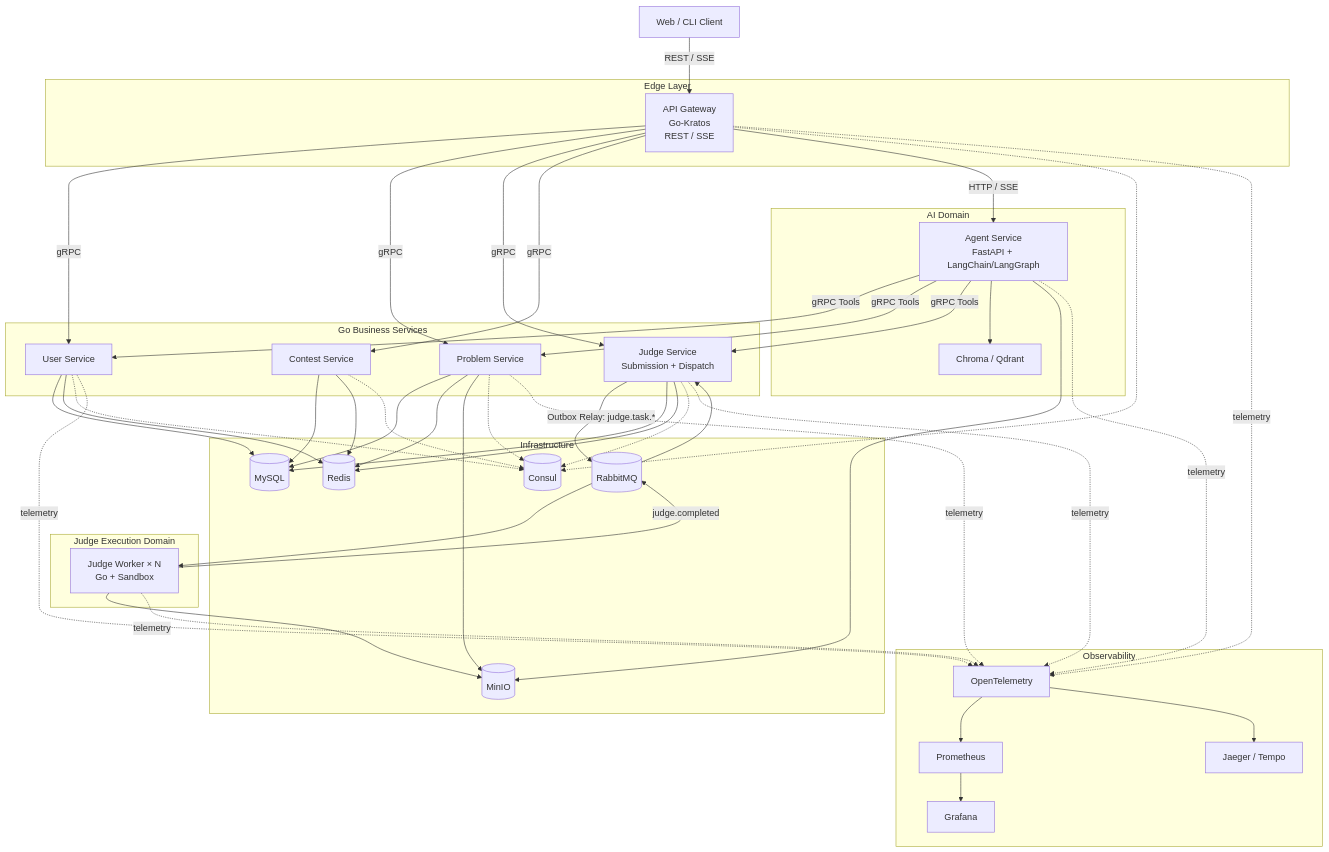
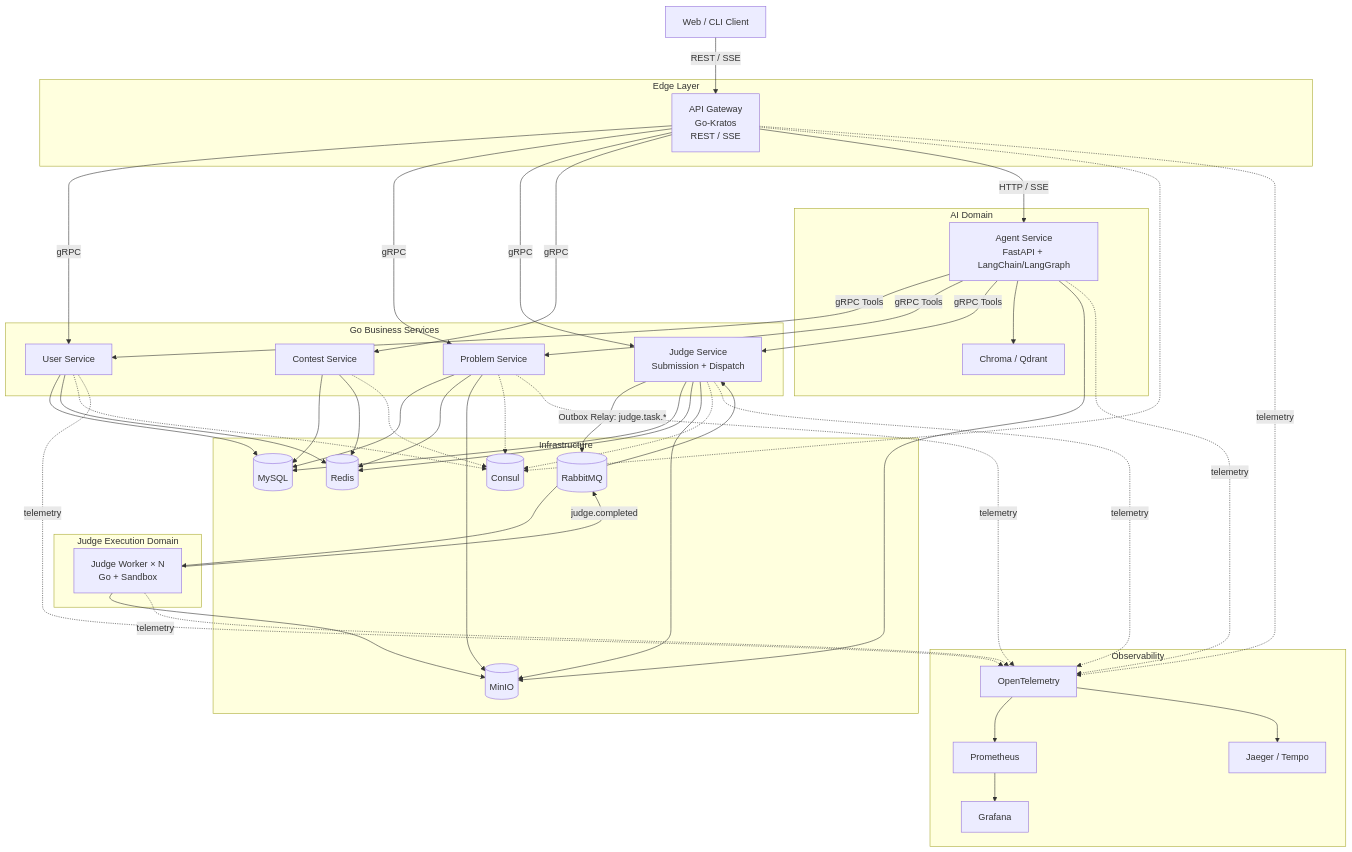
One commit to viggggil/go_oj_agent changed the first of 6 diagrams in docs/architecture.md. Above: the diagram before and after it, drawn with Mermaid. The commit also changed other lines of this file and 5 other files, not shown here.

Commit message:
docs(judge): finalize initial judging architecture

```diff
--- a/docs/architecture.md
+++ b/docs/architecture.md
@@ -87,6 +87,7 @@
     Contest --> Redis
 
     Problem --> MinIO
+    Judge --> MinIO
     Worker --> MinIO
     Agent --> MinIO
 
```
